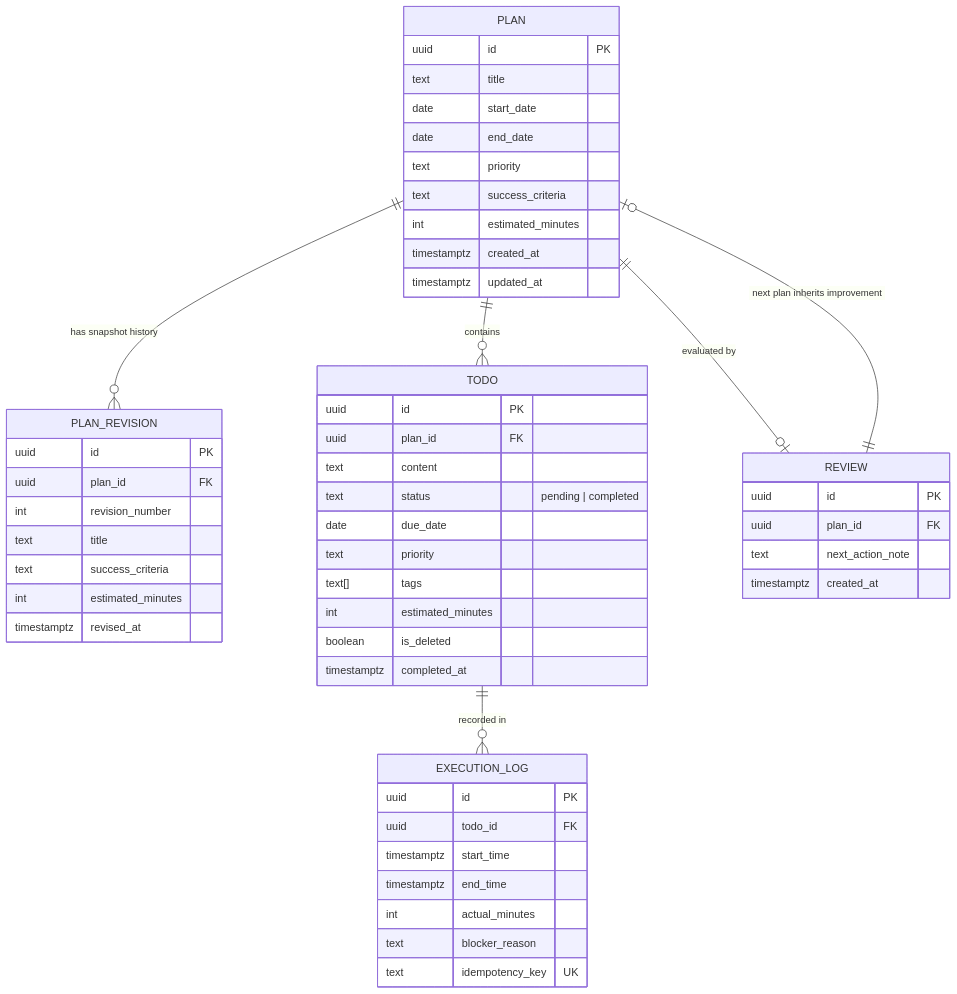
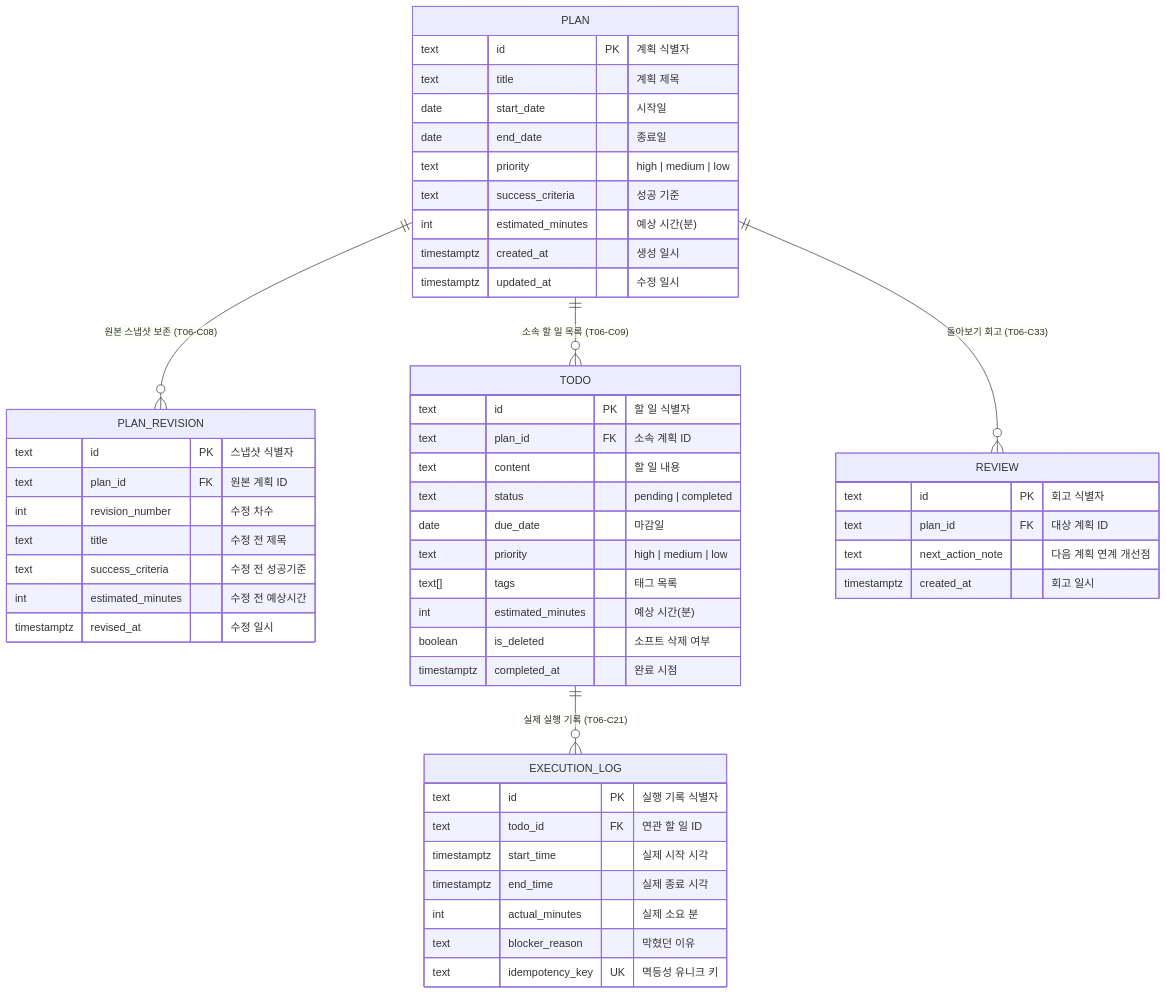
The second of 2 diagrams in README.md (jinyeongjang/skt-aleph-jinyeong-plans-diary), drawn with Mermaid before and after one commit. The commit also changed other lines of this file and 1 other file, not shown here.

````diff
--- a/README.md
+++ b/README.md
@@ -65,56 +118,59 @@
 ```mermaid
 erDiagram
-    PLAN ||--o{ PLAN_REVISION : "has snapshot history"
-    PLAN ||--o{ TODO : "contains"
-    TODO ||--o{ EXECUTION_LOG : "recorded in"
-    PLAN ||--o| REVIEW : "evaluated by"
-    REVIEW ||--o| PLAN : "next plan inherits improvement"
+    PLAN ||--o{ PLAN_REVISION : "원본 스냅샷 보존 (T06-C08)"
+    PLAN ||--o{ TODO : "소속 할 일 목록 (T06-C09)"
+    TODO ||--o{ EXECUTION_LOG : "실제 실행 기록 (T06-C21)"
+    PLAN ||--o{ REVIEW : "돌아보기 회고 (T06-C33)"
 
     PLAN {
-        uuid id PK
-        text title
-        date start_date
-        date end_date
-        text priority
-        text success_criteria
-        int estimated_minutes
-        timestamptz created_at
-        timestamptz updated_at
+        text id PK "계획 식별자"
+        text title "계획 제목"
+        date start_date "시작일"
+        date end_date "종료일"
+        text priority "high | medium | low"
+        text success_criteria "성공 기준"
+        int estimated_minutes "예상 시간(분)"
+        timestamptz created_at "생성 일시"
+        timestamptz updated_at "수정 일시"
     }
+
     PLAN_REVISION {
-        uuid id PK
-        uuid plan_id FK
-        int revision_number
-        text title
-        text success_criteria
-        int estimated_minutes
-        timestamptz revised_at
+        text id PK "스냅샷 식별자"
+        text plan_id FK "원본 계획 ID"
+        int revision_number "수정 차수"
+        text title "수정 전 제목"
+        text success_criteria "수정 전 성공기준"
+        int estimated_minutes "수정 전 예상시간"
+        timestamptz revised_at "수정 일시"
     }
+
     TODO {
-        uuid id PK
-        uuid plan_id FK
-        text content
+        text id PK "할 일 식별자"
+        text plan_id FK "소속 계획 ID"
+        text content "할 일 내용"
         text status "pending | completed"
-        date due_date
-        text priority
-        text[] tags
-        int estimated_minutes
-        boolean is_deleted
-        timestamptz completed_at
+        date due_date "마감일"
+        text priority "high | medium | low"
+        text[] tags "태그 목록"
+        int estimated_minutes "예상 시간(분)"
+        boolean is_deleted "소프트 삭제 여부"
+        timestamptz completed_at "완료 시점"
     }
+
     EXECUTION_LOG {
-        uuid id PK
-        uuid todo_id FK
-        timestamptz start_time
-        timestamptz end_time
-        int actual_minutes
-        text blocker_reason
-        text idempotency_key UK
+        text id PK "실행 기록 식별자"
+        text todo_id FK "연관 할 일 ID"
+        timestamptz start_time "실제 시작 시각"
+        timestamptz end_time "실제 종료 시각"
+        int actual_minutes "실제 소요 분"
+        text blocker_reason "막혔던 이유"
+        text idempotency_key UK "멱등성 유니크 키"
     }
+
     REVIEW {
-        uuid id PK
-        uuid plan_id FK
-        text next_action_note
-        timestamptz created_at
+        text id PK "회고 식별자"
+        text plan_id FK "대상 계획 ID"
+        text next_action_note "다음 계획 연계 개선점"
+        timestamptz created_at "회고 일시"
     }
 ```
````
